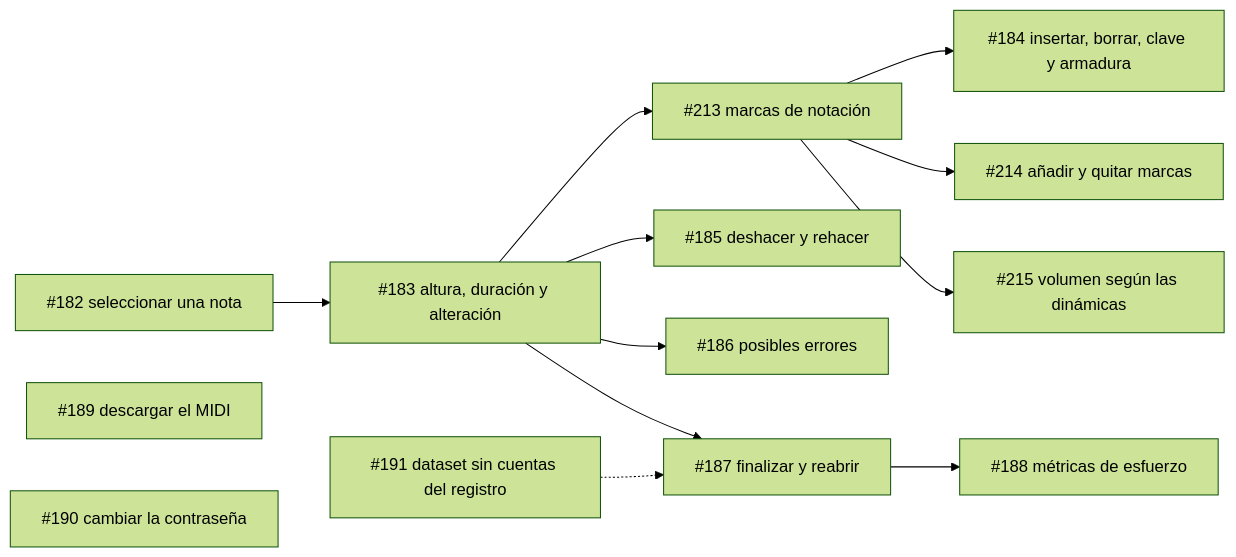
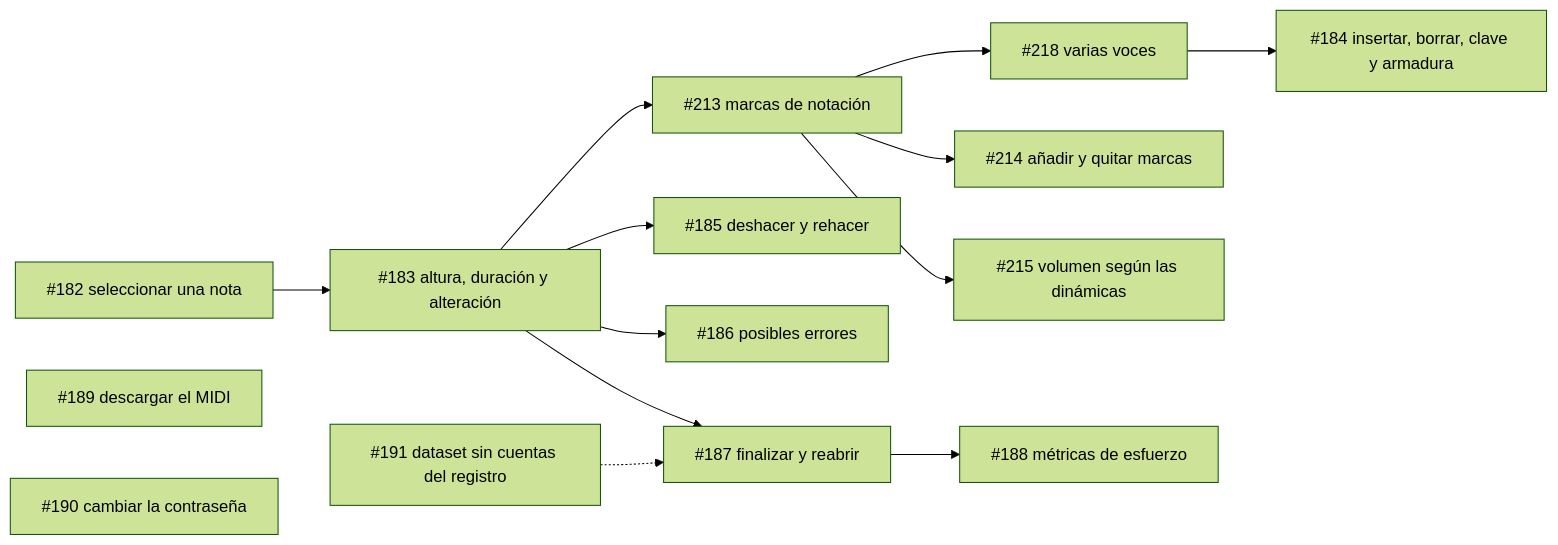
Before and after one commit to sebdavid3/Cadenza: the diagram in docs/phases/phase_8_web_interface/README.md, drawn with Mermaid (forest theme). The commit also changed other lines of this file and 7 other files, not shown here.

First line of the commit message:
docs(docs): documentar las varias voces del ScoreIR

````diff
--- a/docs/phases/phase_8_web_interface/README.md
+++ b/docs/phases/phase_8_web_interface/README.md
@@ -58,15 +59,16 @@
 ```mermaid
 flowchart LR
     S182["#182 seleccionar una nota"] --> S183["#183 altura, duración y alteración"]
     S183 --> S213["#213 marcas de notación"]
-    S213 --> S184["#184 insertar, borrar, clave y armadura"]
+    S213 --> S218["#218 varias voces"]
+    S218 --> S184["#184 insertar, borrar, clave y armadura"]
     S213 --> S214["#214 añadir y quitar marcas"]
     S213 --> S215["#215 volumen según las dinámicas"]
     S183 --> S185["#185 deshacer y rehacer"]
     S183 --> S186["#186 posibles errores"]
     S183 --> S187["#187 finalizar y reabrir"]
     S191["#191 dataset sin cuentas del registro"] -.-> S187
     S187 --> S188["#188 métricas de esfuerzo"]
     S189["#189 descargar el MIDI"]
     S190["#190 cambiar la contraseña"]
 ```
````
